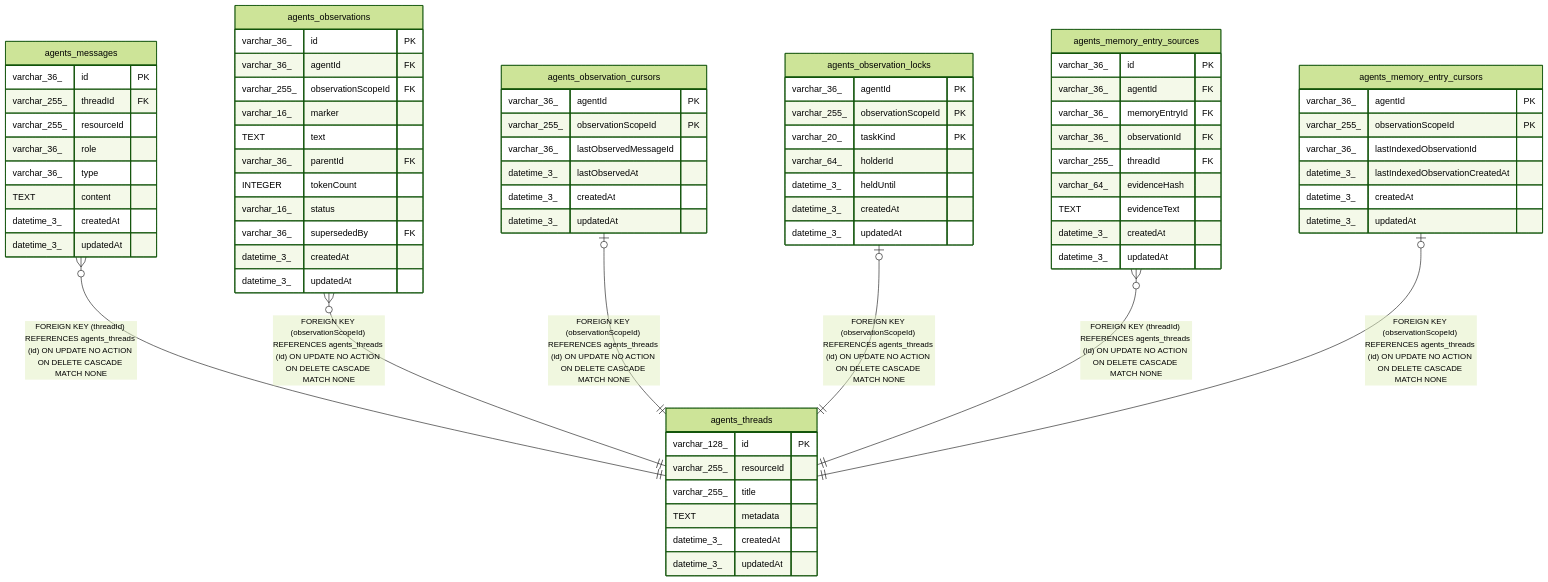
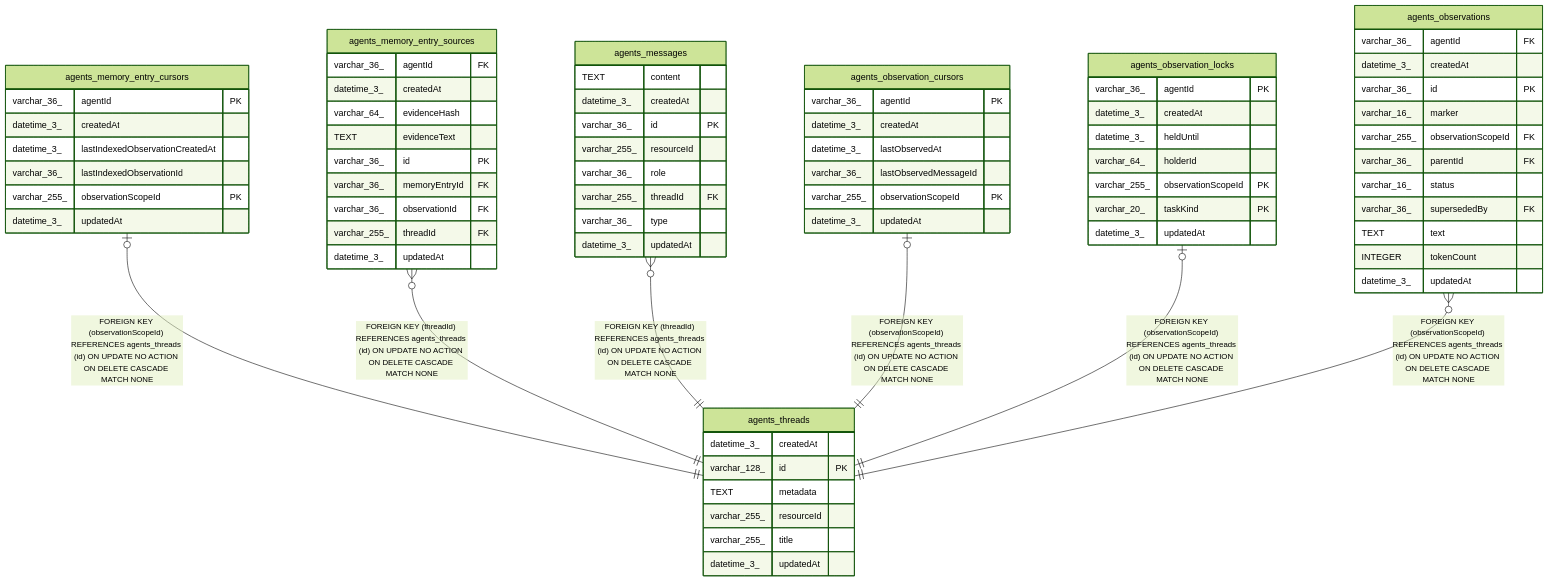
Before and after one commit to mayankjain1815-commits/n8n: the diagram in docs/generated/sqlite-schema/agents_threads.md, drawn with Mermaid (forest theme). The commit also changed other lines of this file and 221 other files, not shown here.

Commit message:
chore(core): Make DB schema docs generation deterministic (#32373)

````diff
--- a/docs/generated/sqlite-schema/agents_threads.md
+++ b/docs/generated/sqlite-schema/agents_threads.md
@@ -41,78 +41,78 @@
 ```mermaid
 erDiagram
 
+"agents_memory_entry_cursors" |o--|| "agents_threads" : "FOREIGN KEY (observationScopeId) REFERENCES agents_threads (id) ON UPDATE NO ACTION ON DELETE CASCADE MATCH NONE"
+"agents_memory_entry_sources" }o--|| "agents_threads" : "FOREIGN KEY (threadId) REFERENCES agents_threads (id) ON UPDATE NO ACTION ON DELETE CASCADE MATCH NONE"
 "agents_messages" }o--|| "agents_threads" : "FOREIGN KEY (threadId) REFERENCES agents_threads (id) ON UPDATE NO ACTION ON DELETE CASCADE MATCH NONE"
-"agents_observations" }o--|| "agents_threads" : "FOREIGN KEY (observationScopeId) REFERENCES agents_threads (id) ON UPDATE NO ACTION ON DELETE CASCADE MATCH NONE"
 "agents_observation_cursors" |o--|| "agents_threads" : "FOREIGN KEY (observationScopeId) REFERENCES agents_threads (id) ON UPDATE NO ACTION ON DELETE CASCADE MATCH NONE"
 "agents_observation_locks" |o--|| "agents_threads" : "FOREIGN KEY (observationScopeId) REFERENCES agents_threads (id) ON UPDATE NO ACTION ON DELETE CASCADE MATCH NONE"
-"agents_memory_entry_sources" }o--|| "agents_threads" : "FOREIGN KEY (threadId) REFERENCES agents_threads (id) ON UPDATE NO ACTION ON DELETE CASCADE MATCH NONE"
-"agents_memory_entry_cursors" |o--|| "agents_threads" : "FOREIGN KEY (observationScopeId) REFERENCES agents_threads (id) ON UPDATE NO ACTION ON DELETE CASCADE MATCH NONE"
+"agents_observations" }o--|| "agents_threads" : "FOREIGN KEY (observationScopeId) REFERENCES agents_threads (id) ON UPDATE NO ACTION ON DELETE CASCADE MATCH NONE"
 
 "agents_threads" {
+  datetime_3_ createdAt
   varchar_128_ id PK
+  TEXT metadata
   varchar_255_ resourceId
   varchar_255_ title
-  TEXT metadata
+  datetime_3_ updatedAt
+}
+"agents_memory_entry_cursors" {
+  varchar_36_ agentId PK
   datetime_3_ createdAt
+  datetime_3_ lastIndexedObservationCreatedAt
+  varchar_36_ lastIndexedObservationId
+  varchar_255_ observationScopeId PK
+  datetime_3_ updatedAt
+}
+"agents_memory_entry_sources" {
+  varchar_36_ agentId FK
+  datetime_3_ createdAt
+  varchar_64_ evidenceHash
+  TEXT evidenceText
+  varchar_36_ id PK
+  varchar_36_ memoryEntryId FK
+  varchar_36_ observationId FK
+  varchar_255_ threadId FK
   datetime_3_ updatedAt
 }
 "agents_messages" {
+  TEXT content
+  datetime_3_ createdAt
   varchar_36_ id PK
-  varchar_255_ threadId FK
   varchar_255_ resourceId
   varchar_36_ role
+  varchar_255_ threadId FK
   varchar_36_ type
-  TEXT content
-  datetime_3_ createdAt
-  datetime_3_ updatedAt
-}
-"agents_observations" {
-  varchar_36_ id PK
-  varchar_36_ agentId FK
-  varchar_255_ observationScopeId FK
-  varchar_16_ marker
-  TEXT text
-  varchar_36_ parentId FK
-  INTEGER tokenCount
-  varchar_16_ status
-  varchar_36_ supersededBy FK
-  datetime_3_ createdAt
   datetime_3_ updatedAt
 }
 "agents_observation_cursors" {
   varchar_36_ agentId PK
+  datetime_3_ createdAt
+  datetime_3_ lastObservedAt
+  varchar_36_ lastObservedMessageId
   varchar_255_ observationScopeId PK
-  varchar_36_ lastObservedMessageId
-  datetime_3_ lastObservedAt
-  datetime_3_ createdAt
   datetime_3_ updatedAt
 }
 "agents_observation_locks" {
   varchar_36_ agentId PK
+  datetime_3_ createdAt
+  datetime_3_ heldUntil
+  varchar_64_ holderId
   varchar_255_ observationScopeId PK
   varchar_20_ taskKind PK
-  varchar_64_ holderId
-  datetime_3_ heldUntil
-  datetime_3_ createdAt
   datetime_3_ updatedAt
 }
-"agents_memory_entry_sources" {
+"agents_observations" {
+  varchar_36_ agentId FK
+  datetime_3_ createdAt
   varchar_36_ id PK
-  varchar_36_ agentId FK
-  varchar_36_ memoryEntryId FK
-  varchar_36_ observationId FK
-  varchar_255_ threadId FK
-  varchar_64_ evidenceHash
-  TEXT evidenceText
-  datetime_3_ createdAt
-  datetime_3_ updatedAt
-}
-"agents_memory_entry_cursors" {
-  varchar_36_ agentId PK
-  varchar_255_ observationScopeId PK
-  varchar_36_ lastIndexedObservationId
-  datetime_3_ lastIndexedObservationCreatedAt
-  datetime_3_ createdAt
+  varchar_16_ marker
+  varchar_255_ observationScopeId FK
+  varchar_36_ parentId FK
+  varchar_16_ status
+  varchar_36_ supersededBy FK
+  TEXT text
+  INTEGER tokenCount
   datetime_3_ updatedAt
 }
 ```
````
